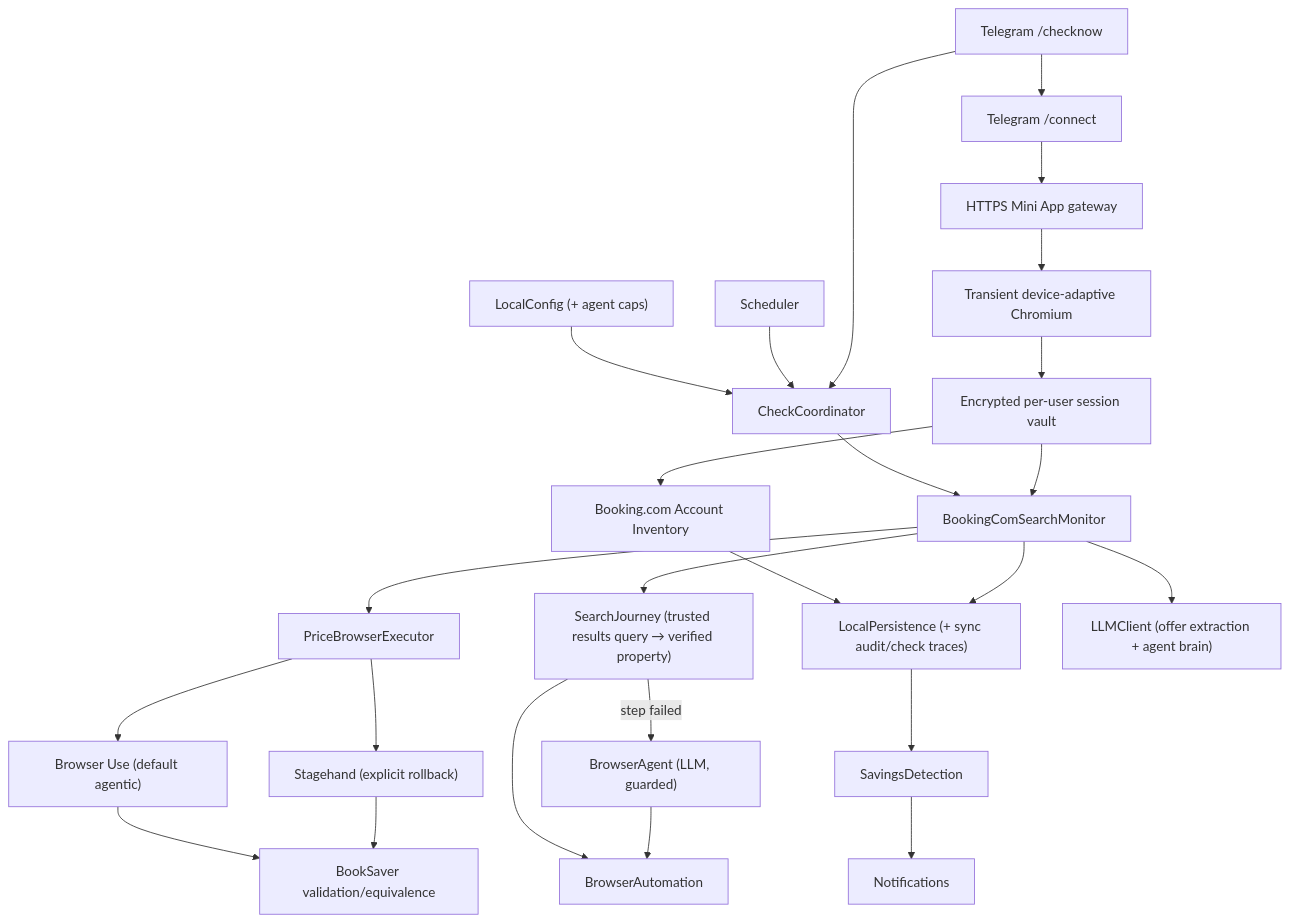
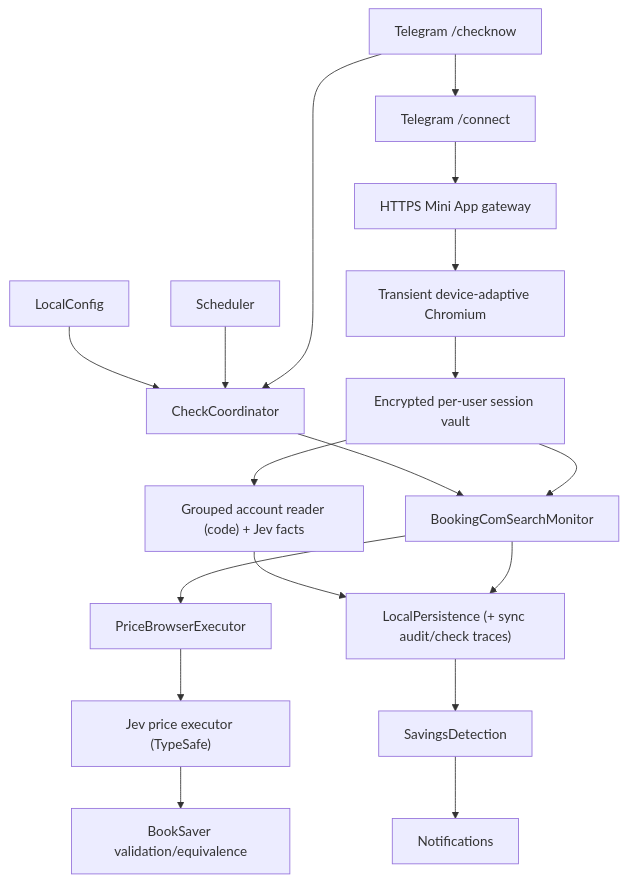
Before and after one commit to romkagribok/booksaver-agent: the diagram in memory-bank/standards/system-architecture.md, drawn with Mermaid. The commit also changed other lines of this file and 136 other files, not shown here.

````diff
--- a/memory-bank/standards/system-architecture.md
+++ b/memory-bank/standards/system-architecture.md
@@ -7,27 +7,20 @@
 ```mermaid
 flowchart TB
-    Config["LocalConfig (+ agent caps)"] --> Coordinator["CheckCoordinator"]
+    Config["LocalConfig"] --> Coordinator["CheckCoordinator"]
     Scheduler["Scheduler"] --> Coordinator
     Telegram["Telegram /checknow"] --> Coordinator
     Telegram --> Connect["Telegram /connect"]
     Connect --> AuthGateway["HTTPS Mini App gateway"]
     AuthGateway --> LoginBrowser["Transient device-adaptive Chromium"]
     LoginBrowser --> SessionVault["Encrypted per-user session vault"]
-    SessionVault --> Inventory["Booking.com Account Inventory"]
+    SessionVault --> Inventory["Grouped account reader (code) + Jev facts"]
     Inventory --> Store["LocalPersistence (+ sync audit/check traces)"]
     Coordinator --> Monitor["BookingComSearchMonitor"]
     SessionVault --> Monitor
     Monitor --> PricePort["PriceBrowserExecutor"]
-    PricePort --> BrowserUse["Browser Use (default agentic)"]
-    PricePort --> Stagehand["Stagehand (explicit rollback)"]
-    BrowserUse --> Validation["BookSaver validation/equivalence"]
-    Stagehand --> Validation
-    Monitor --> Journey["SearchJourney (trusted results query → verified property)"]
-    Journey --> Browser["BrowserAutomation"]
-    Journey -- "step failed" --> Agent["BrowserAgent (LLM, guarded)"]
-    Agent --> Browser
-    Monitor --> LLM["LLMClient (offer extraction + agent brain)"]
+    PricePort --> Jev["Jev price executor (TypeSafe)"]
+    Jev --> Validation["BookSaver validation/equivalence"]
     Monitor --> Store
     Store --> Savings["SavingsDetection"]
     Savings --> Notify["Notifications"]
 ```
````
